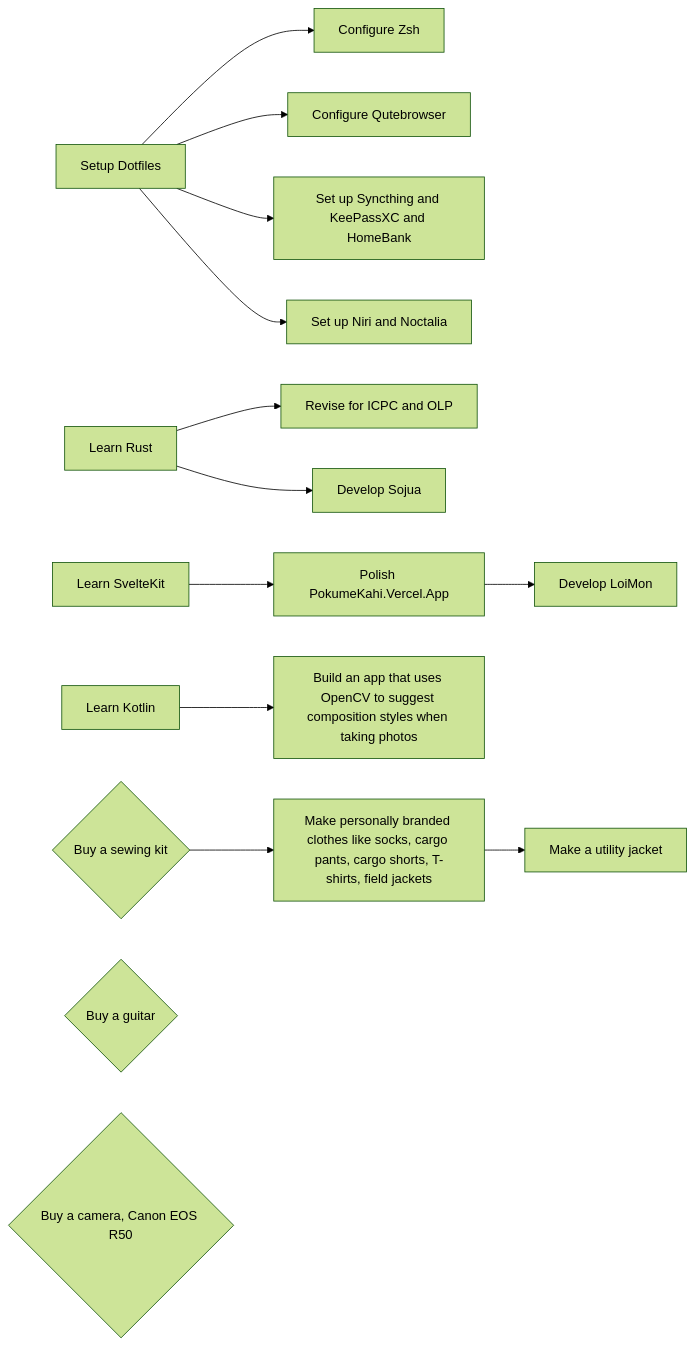
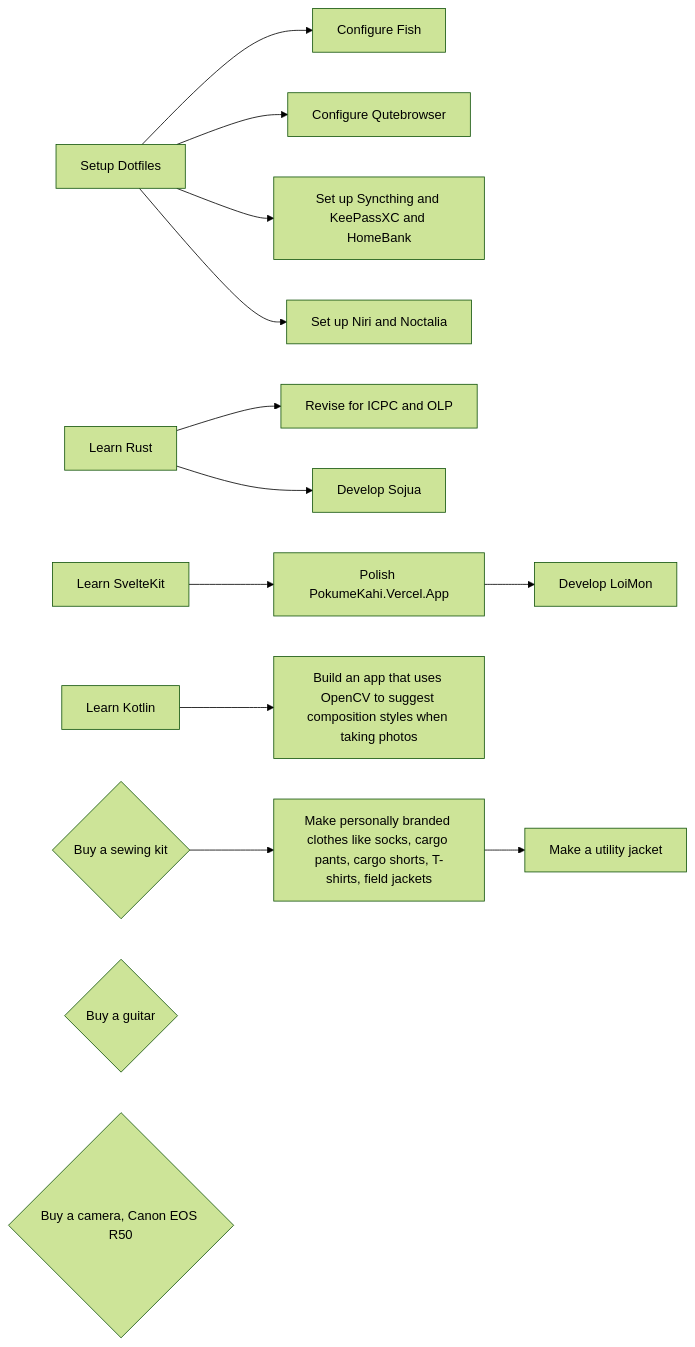
The first of 2 diagrams in md/td7kggh8.md (PokumeKachi/ybiau), drawn with Mermaid (forest theme) before and after one commit.

Commit message:
feat: update md

````diff
--- a/md/td7kggh8.md
+++ b/md/td7kggh8.md
@@ -13,34 +13,34 @@
 ```mermaid
 graph LR
 
 Dotfiles[Setup Dotfiles]
 
-    Dotfiles-->Zsh[Configure Zsh]
+    Dotfiles-->Fish[Configure Fish]
     Dotfiles-->Qute[Configure Qutebrowser]
     Dotfiles-->Security[Set up Syncthing and KeePassXC and HomeBank]
     Dotfiles-->Tiling[Set up Niri and Noctalia]
 
 Rust[Learn Rust]
 
     Rust-->CompProg[Revise for ICPC and OLP]
 
 
     Rust-->Sojua[Develop Sojua]
 
 SvelteKit[Learn SvelteKit]
     SvelteKit-->Vercel[Polish PokumeKahi.Vercel.App]
         Vercel-->LoiMon[Develop LoiMon]
 
 Kotlin[Learn Kotlin]
     Kotlin-->UltraCam[Build an app that uses OpenCV to suggest composition styles when taking photos]
 
 
 Sew{Buy a sewing kit}
 
     Sew-->Personal[Make personally branded clothes like socks, cargo pants, cargo shorts, T-shirts, field jackets]
         Personal-->Jacket[Make a utility jacket]
 
 Guitar{Buy a guitar}
 
 Photo{Buy a camera, Canon EOS R50}
 ```
````
